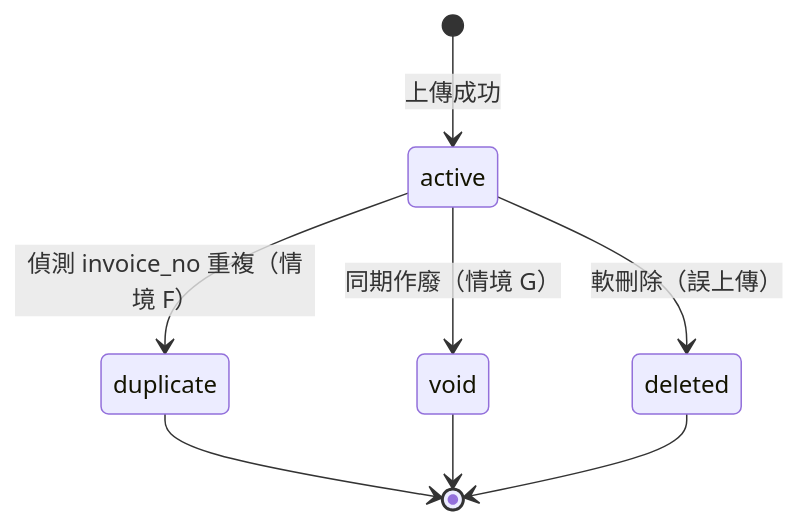
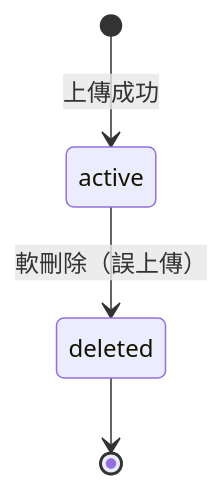
Before and after one commit to angineering-co/ai-accounting-app: the second of 5 diagrams in docs/VOUCHER_JOURNAL_ENTRY_PLAN.md, drawn with Mermaid. The commit also changed other lines of this file and 2 other files, not shown here.

````diff
--- a/docs/VOUCHER_JOURNAL_ENTRY_PLAN.md
+++ b/docs/VOUCHER_JOURNAL_ENTRY_PLAN.md
@@ -438,10 +443,6 @@
 ```mermaid
 stateDiagram-v2
   [*] --> active : 上傳成功
-  active --> duplicate : 偵測 invoice_no 重複（情境 F）
-  active --> void : 同期作廢（情境 G）
   active --> deleted : 軟刪除（誤上傳）
-  duplicate --> [*]
-  void --> [*]
   deleted --> [*]
 ```
````
